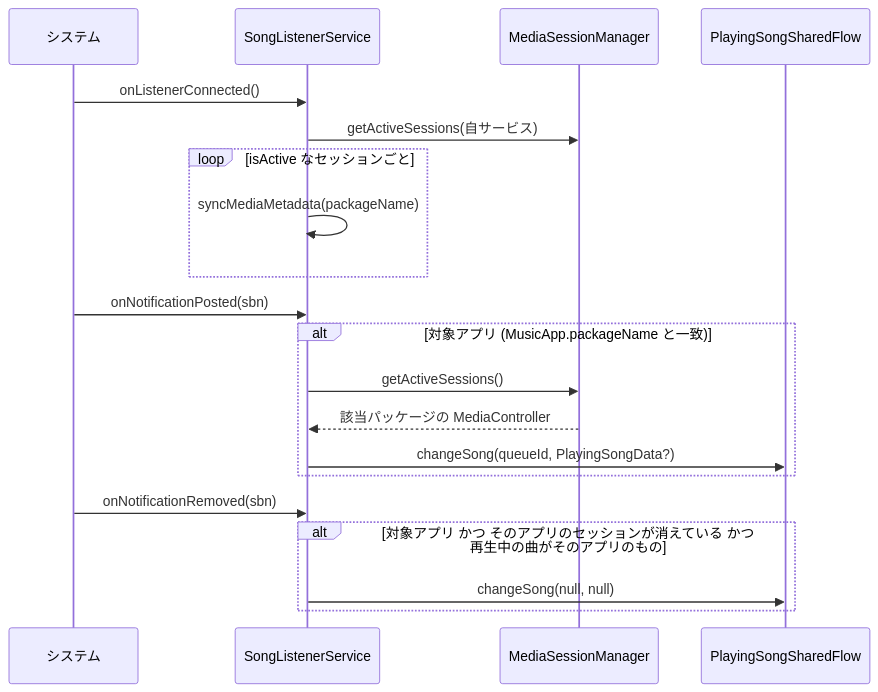
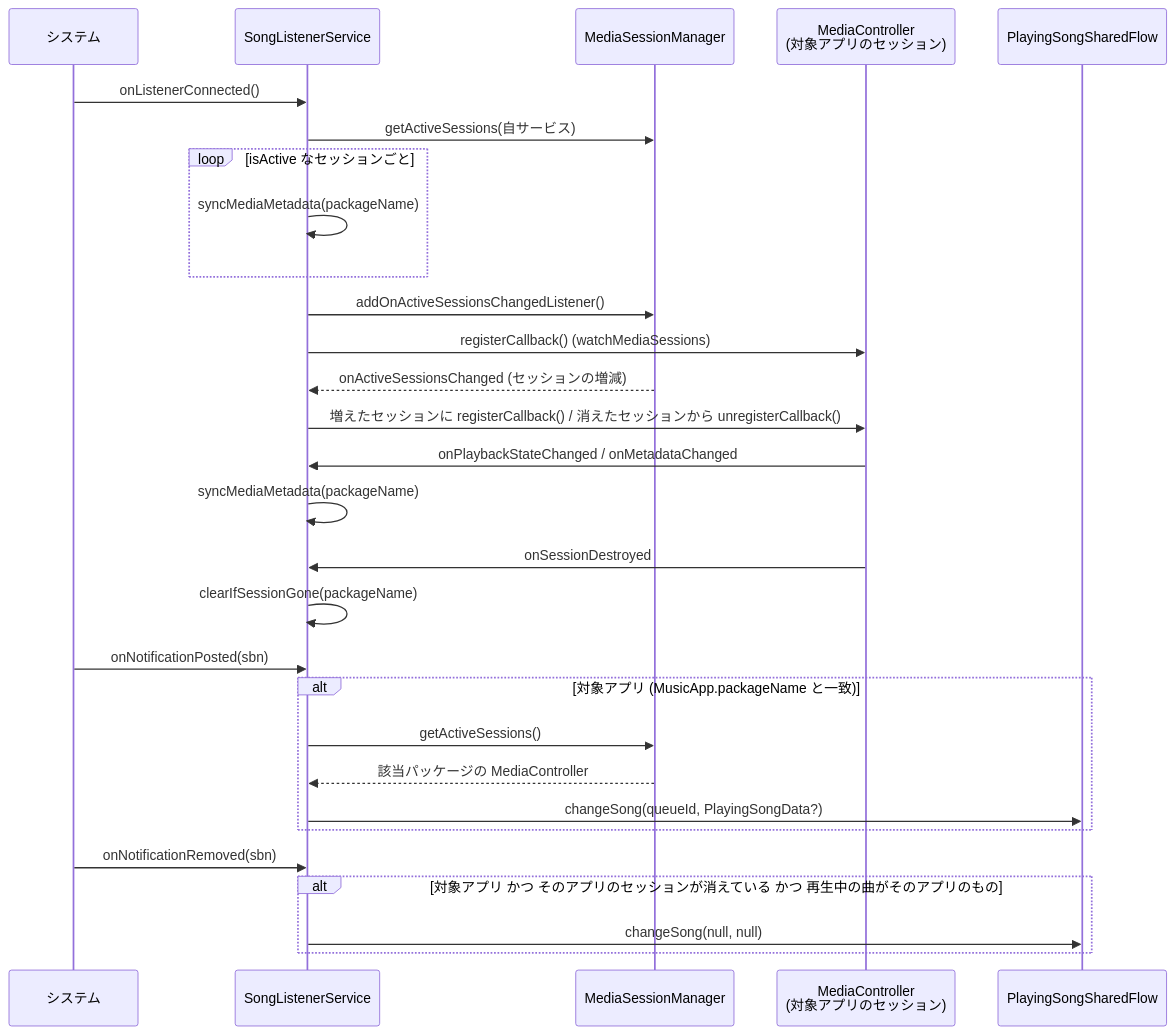
Before and after one commit to SnowDango/sumire: the first of 2 diagrams in docs/playback-detection.md, drawn with Mermaid. The commit also changed other lines of this file and 28 other files, not shown here.

````diff
--- a/docs/playback-detection.md
+++ b/docs/playback-detection.md
@@ -37,25 +38,35 @@
 ```mermaid
 sequenceDiagram
     participant Sys as システム
     participant Svc as SongListenerService
     participant MSM as MediaSessionManager
+    participant MC as MediaController<br/>(対象アプリのセッション)
     participant PSF as PlayingSongSharedFlow
 
     Sys->>Svc: onListenerConnected()
     Svc->>MSM: getActiveSessions(自サービス)
     loop isActive なセッションごと
         Svc->>Svc: syncMediaMetadata(packageName)
     end
+    Svc->>MSM: addOnActiveSessionsChangedListener()
+    Svc->>MC: registerCallback() (watchMediaSessions)
+    MSM-->>Svc: onActiveSessionsChanged (セッションの増減)
+    Svc->>MC: 増えたセッションに registerCallback() / 消えたセッションから unregisterCallback()
+
+    MC->>Svc: onPlaybackStateChanged / onMetadataChanged
+    Svc->>Svc: syncMediaMetadata(packageName)
+    MC->>Svc: onSessionDestroyed
+    Svc->>Svc: clearIfSessionGone(packageName)
 
     Sys->>Svc: onNotificationPosted(sbn)
     alt 対象アプリ (MusicApp.packageName と一致)
         Svc->>MSM: getActiveSessions()
         MSM-->>Svc: 該当パッケージの MediaController
         Svc->>PSF: changeSong(queueId, PlayingSongData?)
     end
 
     Sys->>Svc: onNotificationRemoved(sbn)
     alt 対象アプリ かつ そのアプリのセッションが消えている かつ 再生中の曲がそのアプリのもの
         Svc->>PSF: changeSong(null, null)
     end
 ```
````
